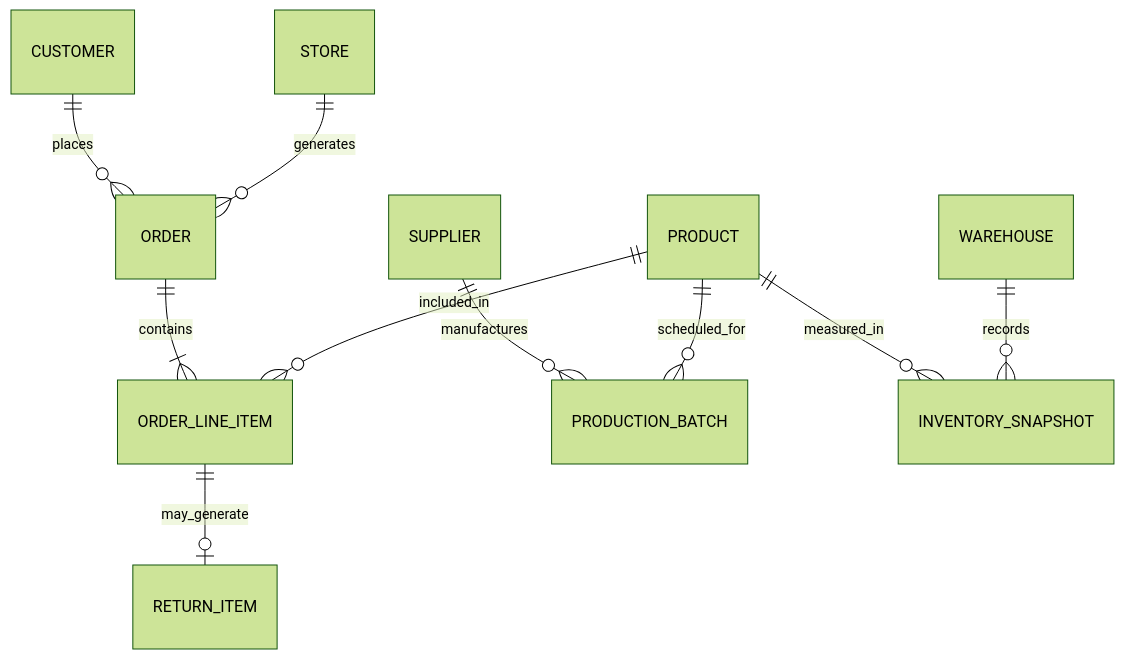
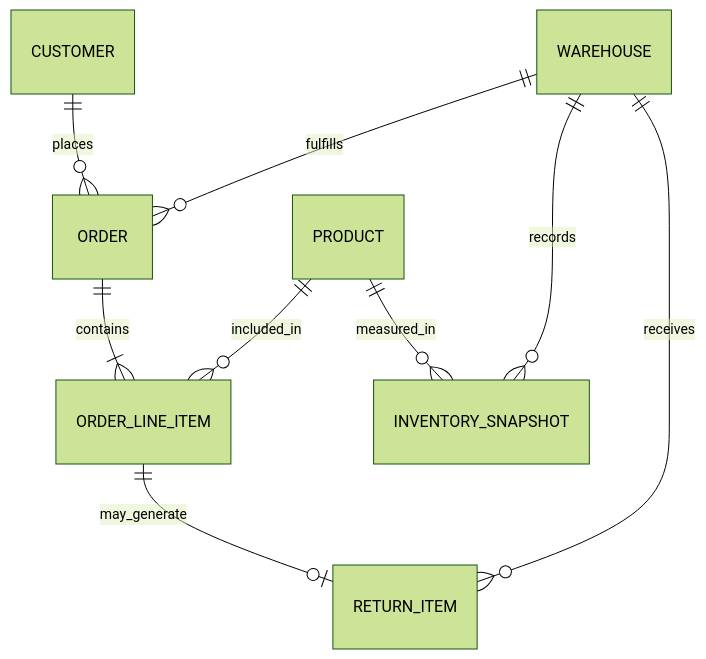
One commit to jovync/analytics-portfolio changed the diagram in vespera-analytics-platform/docs/02_architecture/02_logical_data_model.md. Above: the diagram before and after it, drawn with Mermaid (forest theme). The commit also changed other lines of this file and 3 other files, not shown here.

First line of the commit message:
docs: reconcile dim_store/dim_warehouse divergence with generated data

````diff
--- a/vespera-analytics-platform/docs/02_architecture/02_logical_data_model.md
+++ b/vespera-analytics-platform/docs/02_architecture/02_logical_data_model.md
@@ -55,15 +58,13 @@
 ```mermaid
 erDiagram
     CUSTOMER ||--o{ ORDER : "places"
-    STORE ||--o{ ORDER : "generates"
+    WAREHOUSE ||--o{ ORDER : "fulfills"
     ORDER ||--|{ ORDER_LINE_ITEM : "contains"
     PRODUCT ||--o{ ORDER_LINE_ITEM : "included_in"
-
-    SUPPLIER ||--o{ PRODUCTION_BATCH : "manufactures"
-    PRODUCT ||--o{ PRODUCTION_BATCH : "scheduled_for"
 
     PRODUCT ||--o{ INVENTORY_SNAPSHOT : "measured_in"
     WAREHOUSE ||--o{ INVENTORY_SNAPSHOT : "records"
 
     ORDER_LINE_ITEM ||--o| RETURN_ITEM : "may_generate"
+    WAREHOUSE ||--o{ RETURN_ITEM : "receives"
 ```
````
